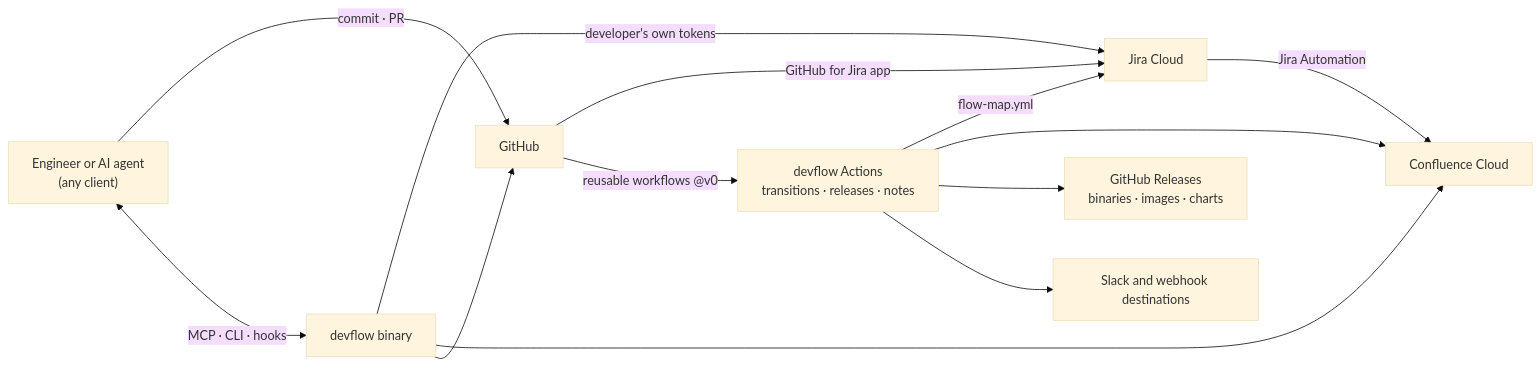
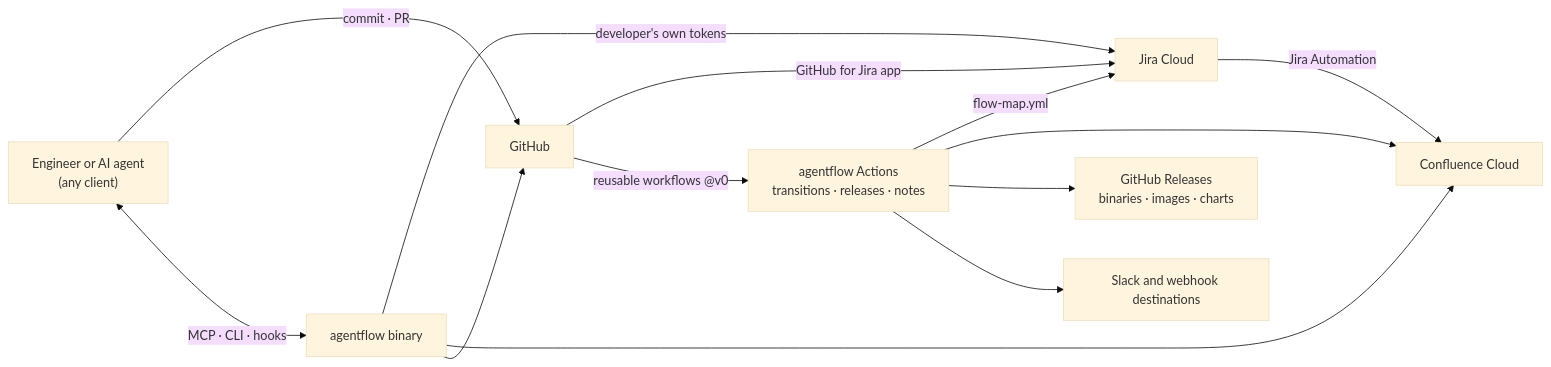
The diagram in README.md (ryanhelms/agentflow), drawn with Mermaid (base theme) before and after one commit. The commit also changed other lines of this file and 584 other files, not shown here.

First line of the commit message:
feat!: rename devflow to agentflow

````diff
--- a/README.md
+++ b/README.md
@@ -68,15 +68,15 @@
 ```mermaid
 flowchart LR
   dev["Engineer or AI agent<br/>(any client)"] -->|commit · PR| gh[GitHub]
-  dev <-->|MCP · CLI · hooks| bin["devflow binary"]
+  dev <-->|MCP · CLI · hooks| bin["agentflow binary"]
   bin -->|developer's own tokens| jira[Jira Cloud]
   bin --> conf[Confluence Cloud]
   bin --> gh
   gh -->|GitHub for Jira app| jira
-  gh -->|reusable workflows @v0| actions["devflow Actions<br/>transitions · releases · notes"]
+  gh -->|reusable workflows @v0| actions["agentflow Actions<br/>transitions · releases · notes"]
   actions -->|flow-map.yml| jira
   actions --> conf
   actions --> rel["GitHub Releases<br/>binaries · images · charts"]
   jira -->|Jira Automation| conf
   actions --> notifications[Slack and webhook destinations]
 ```
````
